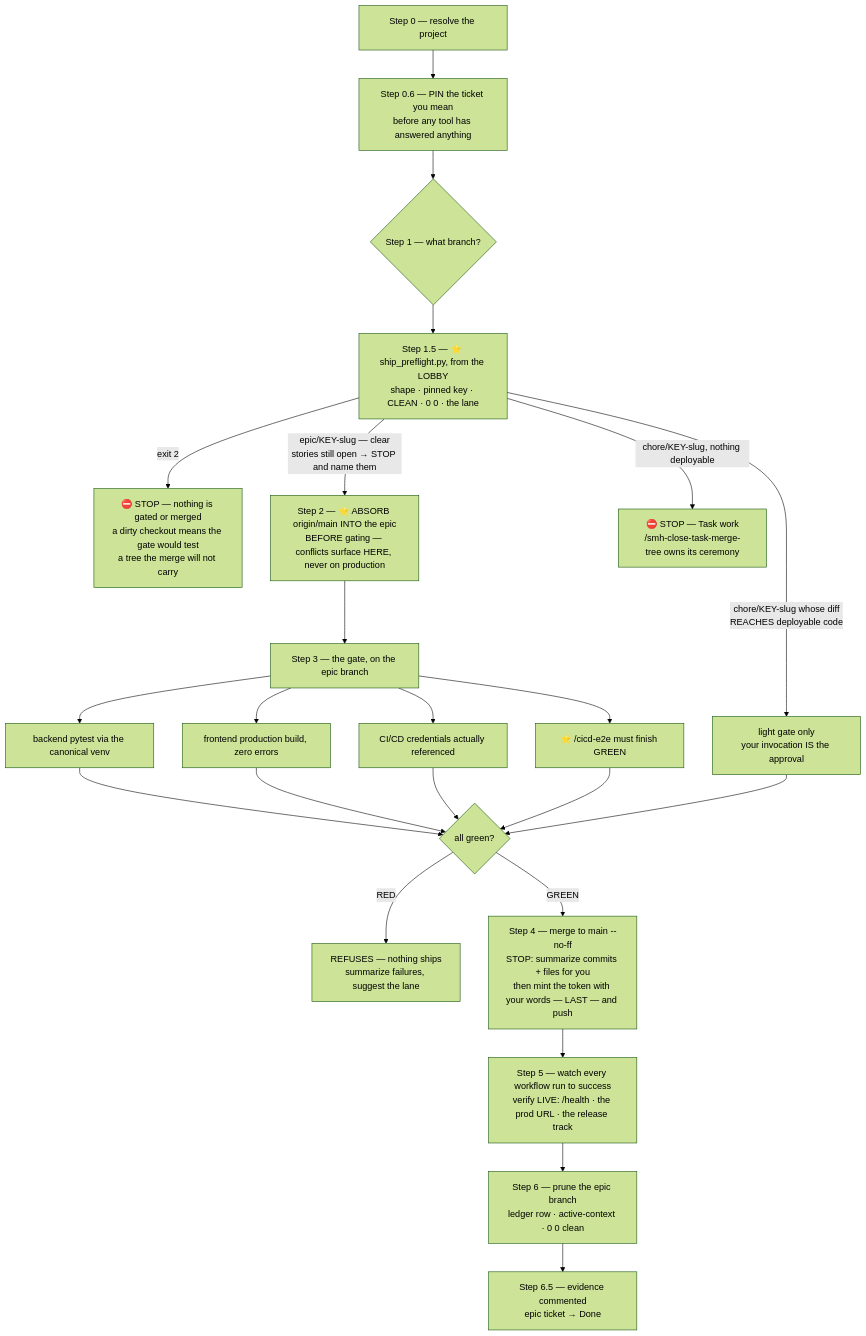
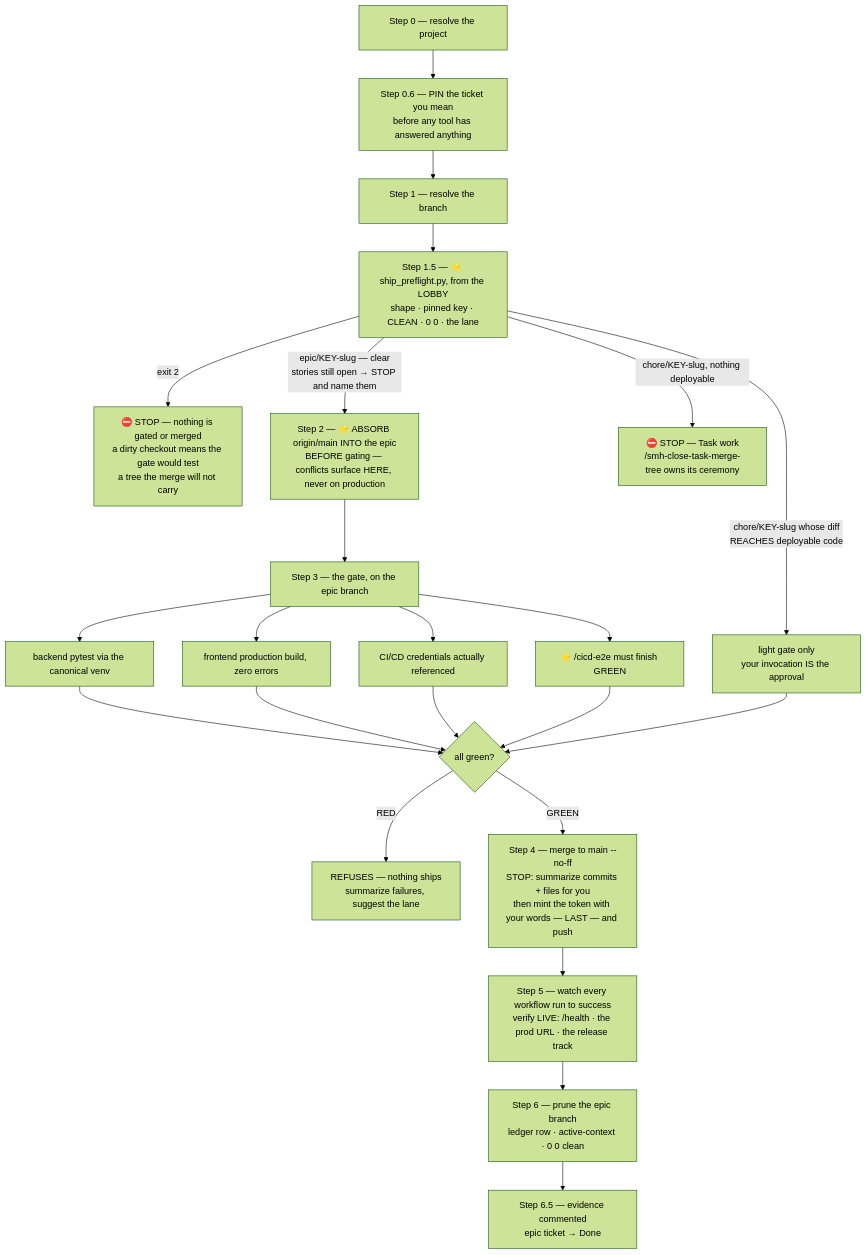
Diagram 35 of 45 in docs/_scc_sops_prds/workflows_testing_SOP.md (sudomadhatter/Sudo_Hatter_Command), drawn with Mermaid (forest theme) before and after one commit. The commit also changed 3 other files, not shown here.

````diff
--- a/docs/_scc_sops_prds/workflows_testing_SOP.md
+++ b/docs/_scc_sops_prds/workflows_testing_SOP.md
@@ -3265,25 +3265,25 @@
 ```mermaid
 flowchart TD
     S0["Step 0 — resolve the project"] --> S06["Step 0.6 — PIN the ticket you mean\nbefore any tool has answered anything"]
-    S06 --> S1{"Step 1 — what branch?"}
+    S06 --> S1["Step 1 — resolve the branch"]
     S1 --> S15["Step 1.5 — ⭐ ship_preflight.py, from the LOBBY\nshape · pinned key · CLEAN · 0 0 · the lane"]
     S15 -- "exit 2" --> PFSTOP["⛔ STOP — nothing is gated or merged\na dirty checkout means the gate would test\na tree the merge will not carry"]
     S15 -- "epic/KEY-slug — clear\nstories still open → STOP and name them" --> S2["Step 2 — ⭐ ABSORB origin/main INTO the epic\nBEFORE gating — conflicts surface HERE, never on production"]
     S15 -- "chore/KEY-slug whose diff\nREACHES deployable code" --> LIGHT["light gate only\nyour invocation IS the approval"]
     S15 -- "chore/KEY-slug, nothing deployable" --> HANDOFF["⛔ STOP — Task work\n/smh-close-task-merge-tree owns its ceremony"]
     S2 --> S3["Step 3 — the gate, on the epic branch"]
     S3 --> G1["backend pytest via the canonical venv"]
     S3 --> G2["frontend production build, zero errors"]
     S3 --> G3["CI/CD credentials actually referenced"]
     S3 --> G4["⭐ /cicd-e2e must finish GREEN"]
     G1 --> V{"all green?"}
     G2 --> V
     G3 --> V
     G4 --> V
     LIGHT --> V
     V -- "RED" --> STOP["REFUSES — nothing ships\nsummarize failures, suggest the lane"]
     V -- "GREEN" --> S4["Step 4 — merge to main --no-ff\nSTOP: summarize commits + files for you\nthen mint the token with your words — LAST — and push"]
     S4 --> S5["Step 5 — watch every workflow run to success\nverify LIVE: /health · the prod URL · the release track"]
     S5 --> S6["Step 6 — prune the epic branch\nledger row · active-context · 0 0 clean"]
     S6 --> S65["Step 6.5 — evidence commented\nepic ticket → Done"]
 ```
````
